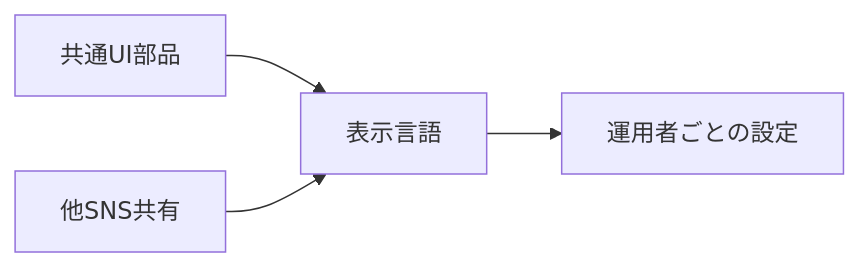
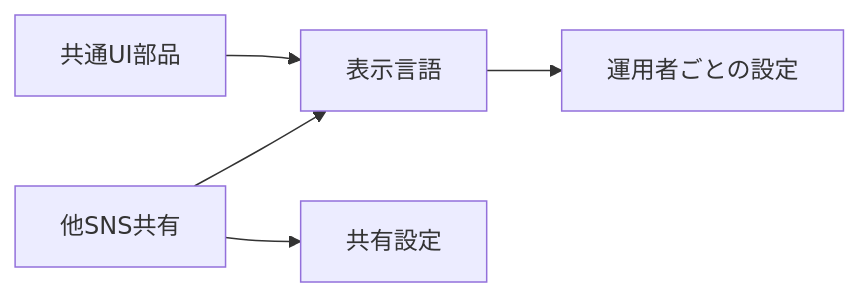
One commit to nekono-dev/skyshare changed the first of 3 diagrams in docs/architecture/common-ui.md. Above: the diagram before and after it, drawn with Mermaid. The commit also changed other lines of this file and 15 other files, not shown here.

````diff
--- a/docs/architecture/common-ui.md
+++ b/docs/architecture/common-ui.md
@@ -22,6 +23,7 @@
 ```mermaid
 flowchart LR
   ui["共通UI部品"] --> i18n["表示言語"]
   share["他SNS共有"] --> i18n
+  share --> shareset["共有設定"]
   i18n --> site["運用者ごとの設定"]
 ```
````
